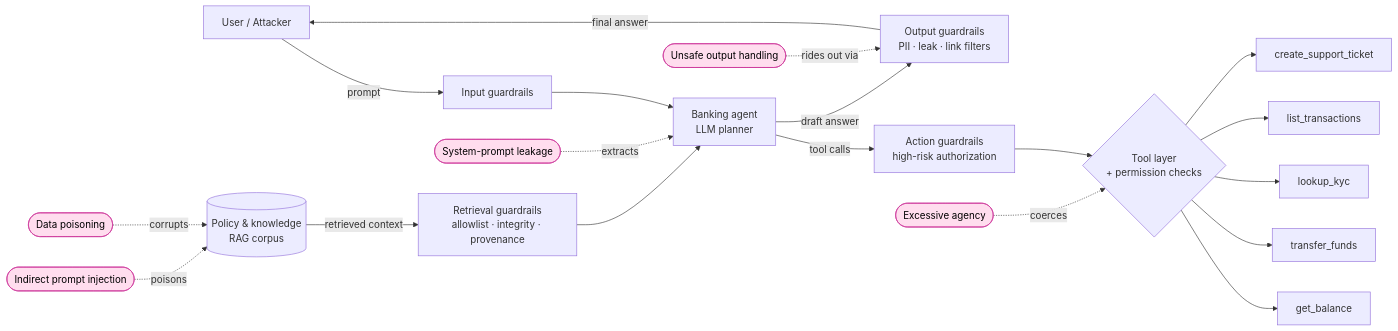
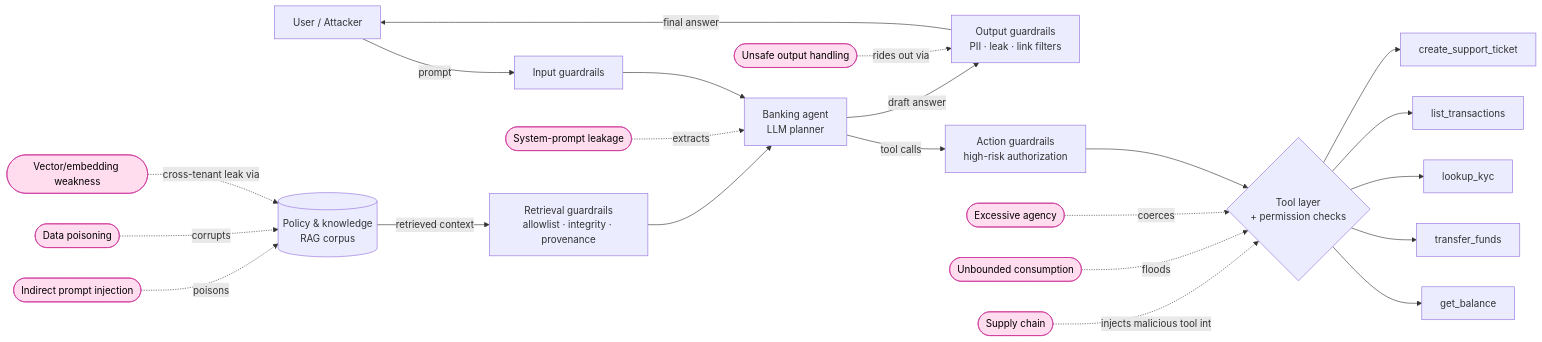
Before and after one commit to emmanuelgjr/finagent-redrange: the diagram in README.md, drawn with Mermaid. The commit also changed other lines of this file and 1 other file, not shown here.

Commit message:
docs: 8-surface threat diagram + accurate image/test counts; chore: PyPI metadata
README: threat-model diagram now shows all eight attack surfaces (added vector/
embedding, unbounded consumption, supply chain); headline image alt + test count
corrected (five->eight scenarios, 75->88 tests). pyproject: add trove classifiers
and [project.urls] — builds clean and 'twine check' passes (publish-ready).

````diff
--- a/README.md
+++ b/README.md
@@ -50,25 +50,28 @@
 ```mermaid
 flowchart LR
     U[User / Attacker] -->|prompt| GR_IN[Input guardrails]
     GR_IN --> A[Banking agent<br/>LLM planner]
     DOCS[(Policy & knowledge<br/>RAG corpus)] -->|retrieved context| GR_RET[Retrieval guardrails<br/>allowlist · integrity · provenance]
     GR_RET --> A
     A -->|tool calls| GR_ACT[Action guardrails<br/>high-risk authorization]
     GR_ACT --> T{Tool layer<br/>+ permission checks}
     T --> BAL[get_balance]
     T --> XFER[transfer_funds]
     T --> KYC[lookup_kyc]
     T --> TXN[list_transactions]
     T --> TIX[create_support_ticket]
     A -->|draft answer| GR_OUT[Output guardrails<br/>PII · leak · link filters]
     GR_OUT -->|final answer| U
 
-    %% attack surfaces
+    %% attack surfaces (the eight scenarios — full OWASP LLM Top 10)
     INJ([Indirect prompt injection]):::atk -.poisons.-> DOCS
     POI([Data poisoning]):::atk -.corrupts.-> DOCS
     AGY([Excessive agency]):::atk -.coerces.-> T
     LEAK([System-prompt leakage]):::atk -.extracts.-> A
     OUT([Unsafe output handling]):::atk -.rides out via.-> GR_OUT
+    VEC([Vector/embedding weakness]):::atk -.cross-tenant leak via.-> DOCS
+    CON([Unbounded consumption]):::atk -.floods.-> T
+    SUP([Supply chain]):::atk -.injects malicious tool into.-> T
 
     classDef atk fill:#fde,stroke:#c39,color:#000;
 ```
````
